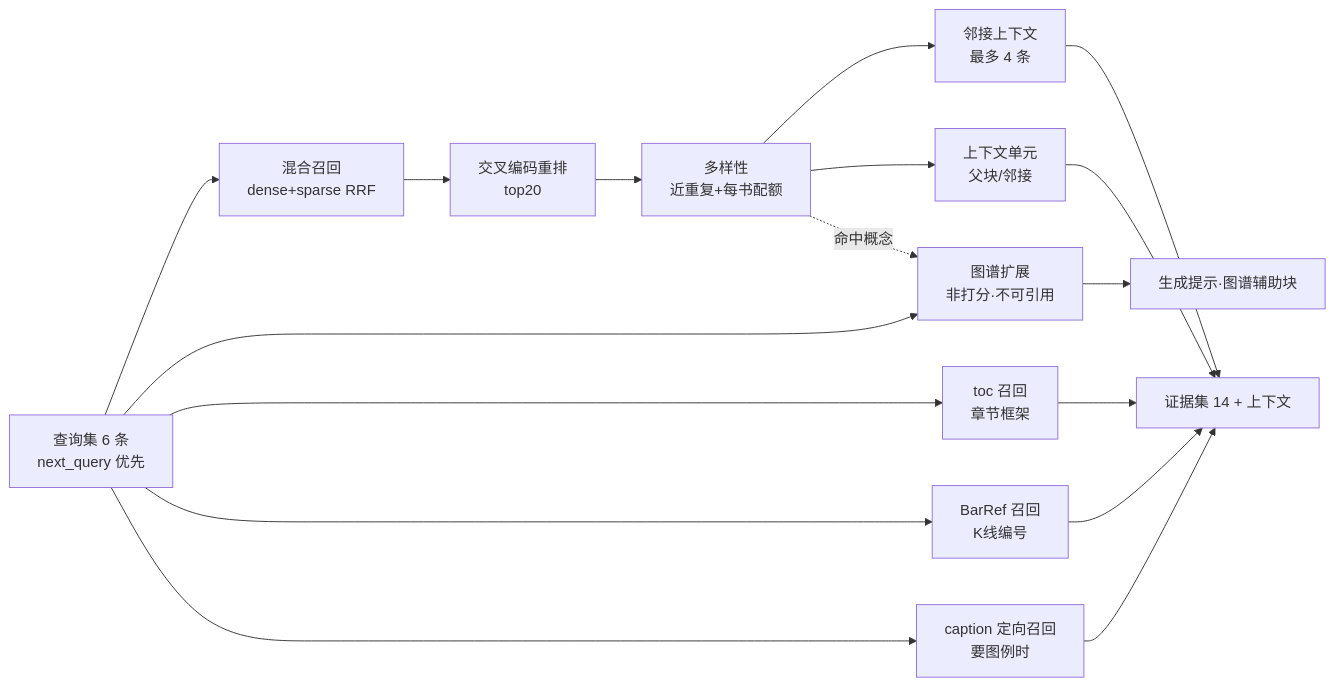
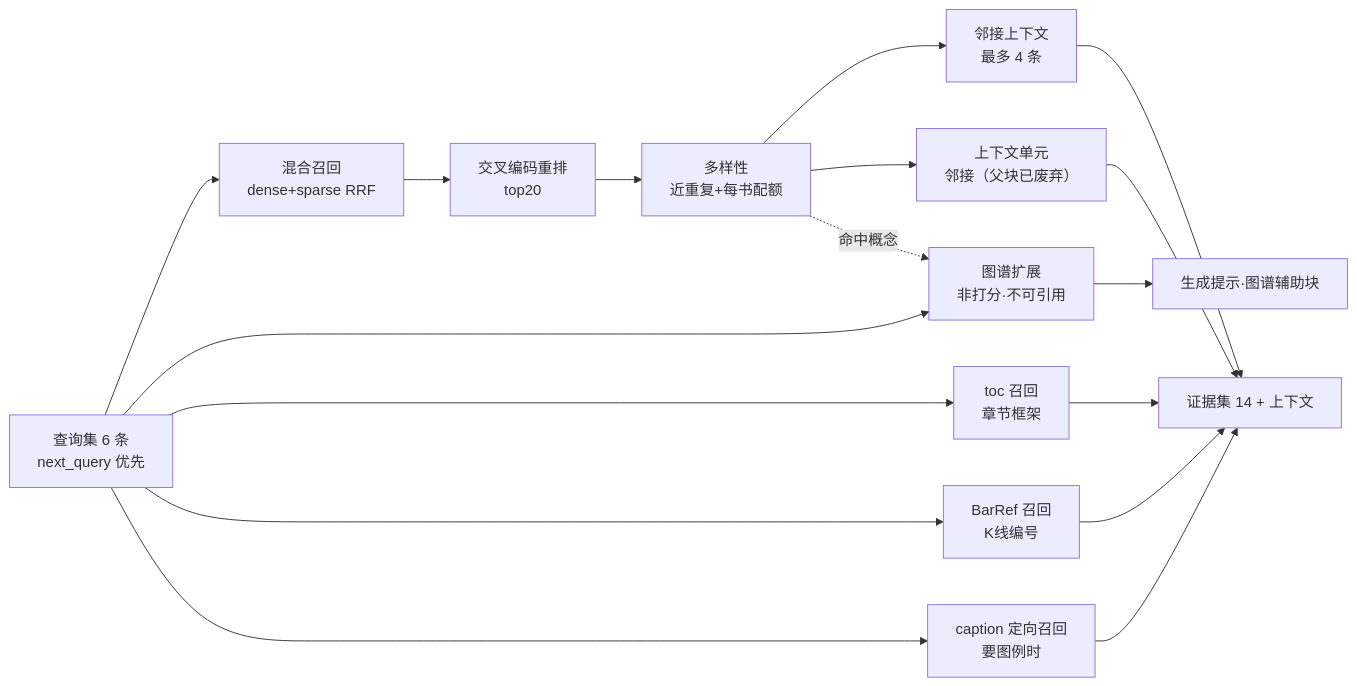
One commit to TbK0ng/paknow changed the diagram in book/chapter4-retrieval.md. Above: the diagram before and after it, drawn with Mermaid. The commit also changed other lines of this file and 40 other files, not shown here.

````diff
--- a/book/chapter4-retrieval.md
+++ b/book/chapter4-retrieval.md
@@ -7,19 +11,19 @@
 ```mermaid
 flowchart LR
     Q[查询集 6 条<br/>next_query 优先] --> H[混合召回<br/>dense+sparse RRF]
     H --> R[交叉编码重排<br/>top20]
     R --> D[多样性<br/>近重复+每书配额]
     D --> A[邻接上下文<br/>最多 4 条]
-    D --> C[上下文单元<br/>父块/邻接]
+    D --> C[上下文单元<br/>邻接（父块已废弃）]
     Q --> G[图谱扩展<br/>非打分·不可引用]
-    D -.命中概念.-> G
+    D -.->|命中概念| G
     Q --> T[toc 召回<br/>章节框架]
     Q --> B[BarRef 召回<br/>K线编号]
     Q --> K[caption 定向召回<br/>要图例时]
     A --> S[证据集 14 + 上下文]
     C --> S
     G --> P[生成提示·图谱辅助块]
     T --> S
     B --> S
     K --> S
 ```
````
